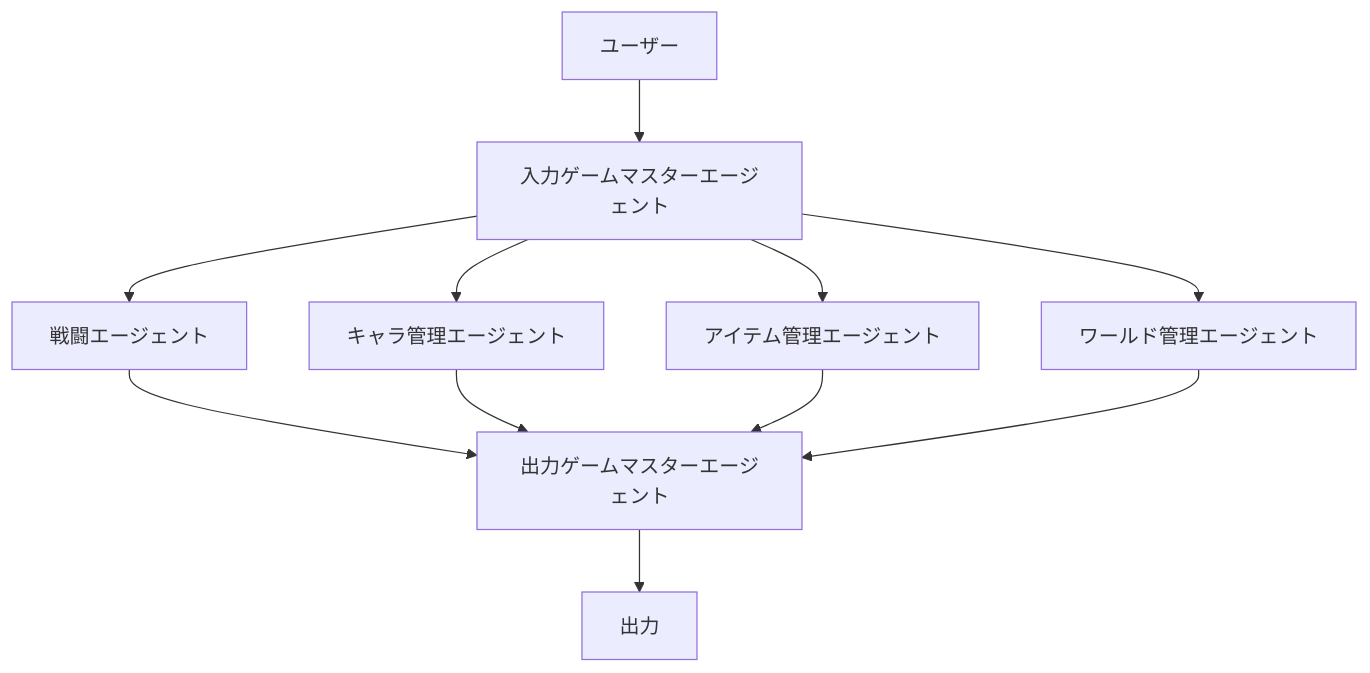
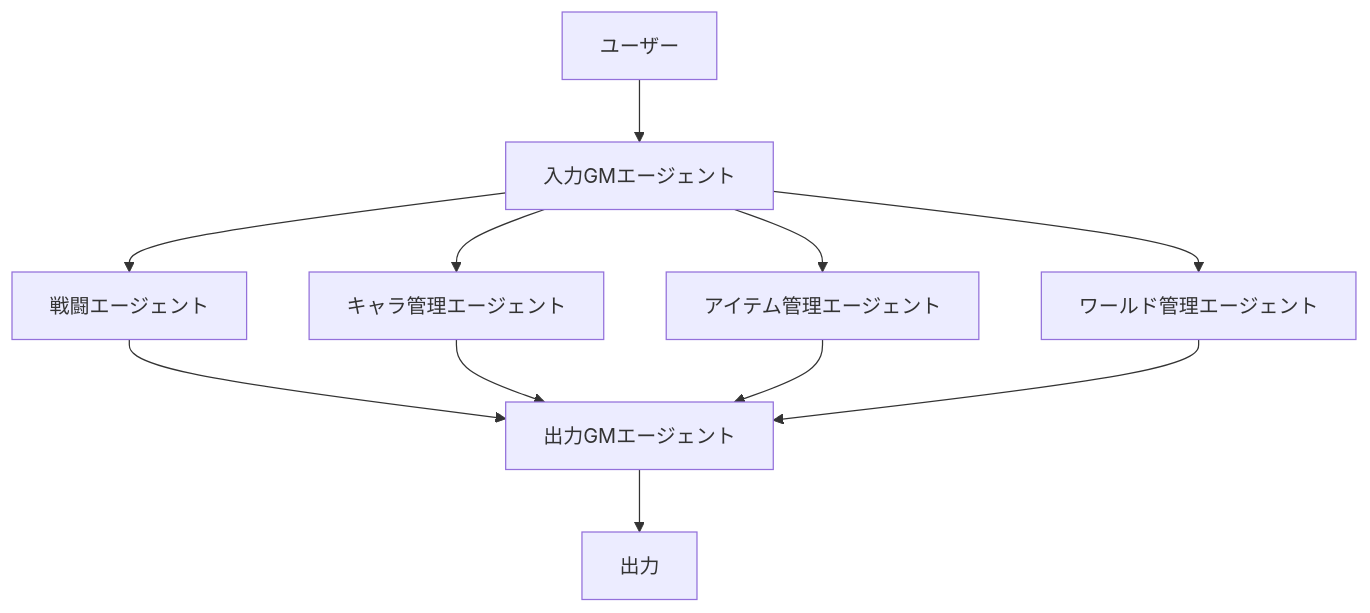
One commit to caprice1026-disc/TRPG_0817 changed the diagram in README.md. Above: the diagram before and after it, drawn with Mermaid.

Commit message:
README.md の更新

````diff
--- a/README.md
+++ b/README.md
@@ -13,23 +13,23 @@
 ```mermaid
 flowchart TD
 
     U[ユーザー]
-    GM_IN[入力ゲームマスターエージェント]
+    GM_IN[入力GMエージェント]
     BA[戦闘エージェント]
     CA[キャラ管理エージェント]
     IA[アイテム管理エージェント]
     WA[ワールド管理エージェント]
-    GM_OUT[出力ゲームマスターエージェント]
+    GM_OUT[出力GMエージェント]
     OUT[出力]
 
     U --> GM_IN
     GM_IN --> BA
     GM_IN --> CA
     GM_IN --> IA
     GM_IN --> WA
     BA --> GM_OUT
     CA --> GM_OUT
     IA --> GM_OUT
     WA --> GM_OUT
     GM_OUT --> OUT
 ```
````
